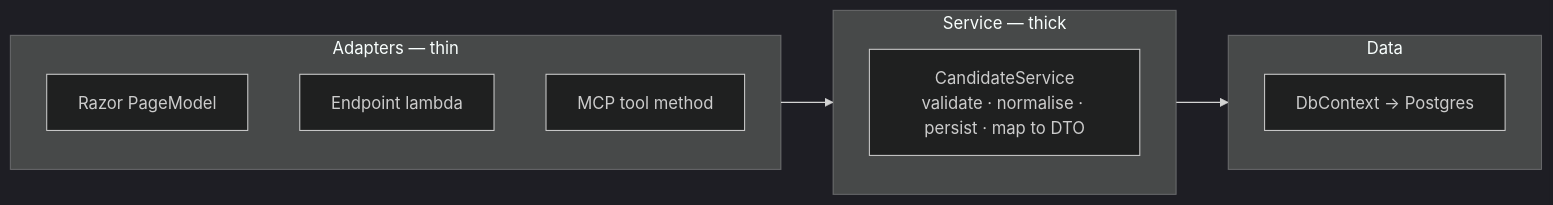
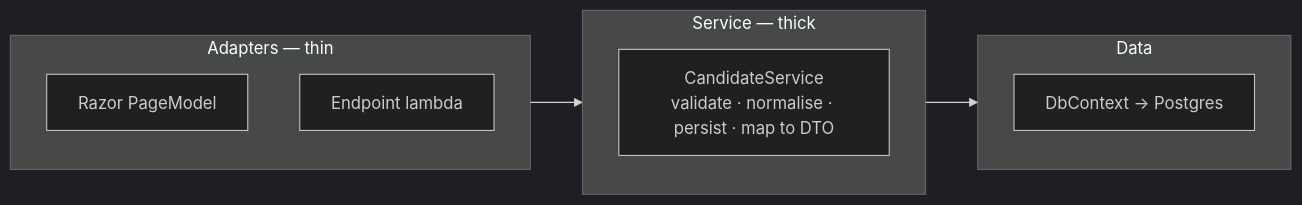
The second of 7 diagrams in docs/architecture.md (Darkamui/StonkWatch), drawn with Mermaid (dark theme) before and after one commit. The commit also changed other lines of this file and 30 other files, not shown here.

````diff
--- a/docs/architecture.md
+++ b/docs/architecture.md
@@ -54,16 +50,15 @@
 ```mermaid
 flowchart LR
     subgraph adapters["Adapters — thin"]
         direction TB
         A1["Razor PageModel"]
         A2["Endpoint lambda"]
-        A3["MCP tool method"]
     end
     subgraph brain["Service — thick"]
         S["CandidateService<br/>validate · normalise · persist · map to DTO"]
     end
     subgraph data["Data"]
         D["DbContext → Postgres"]
     end
     adapters --> brain --> data
 ```
````
